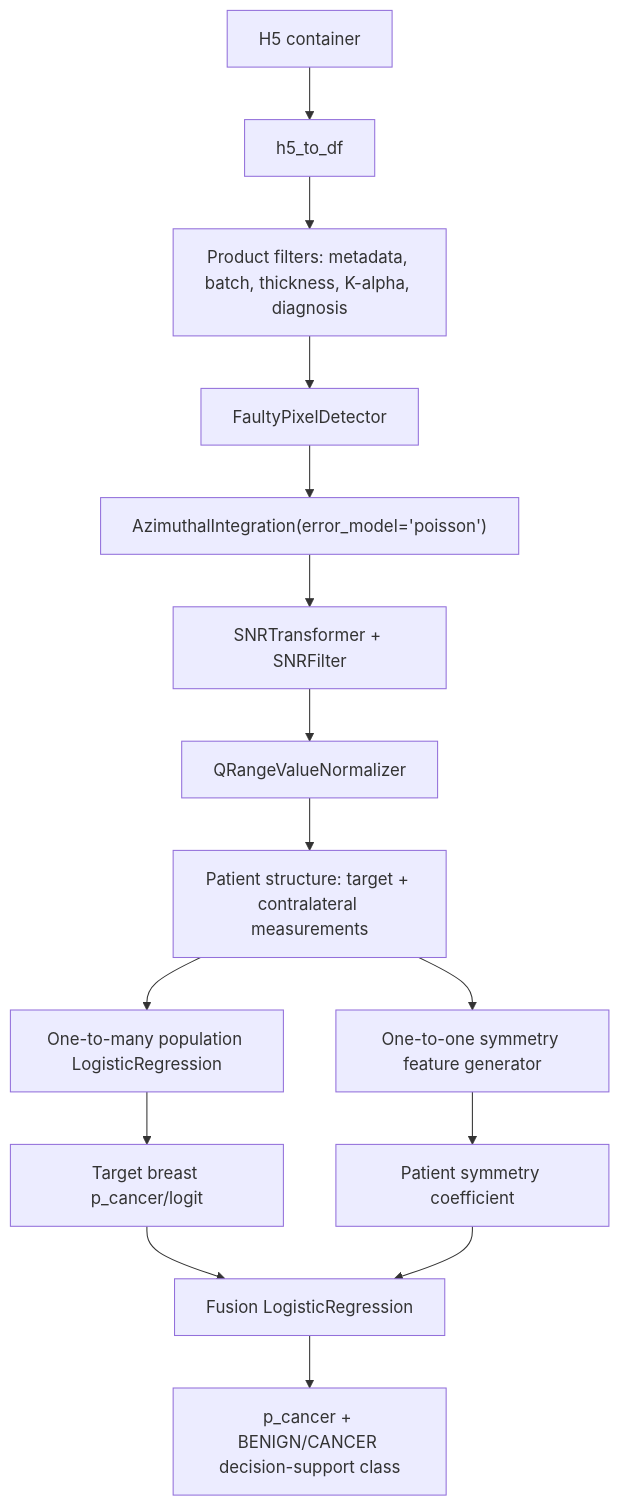
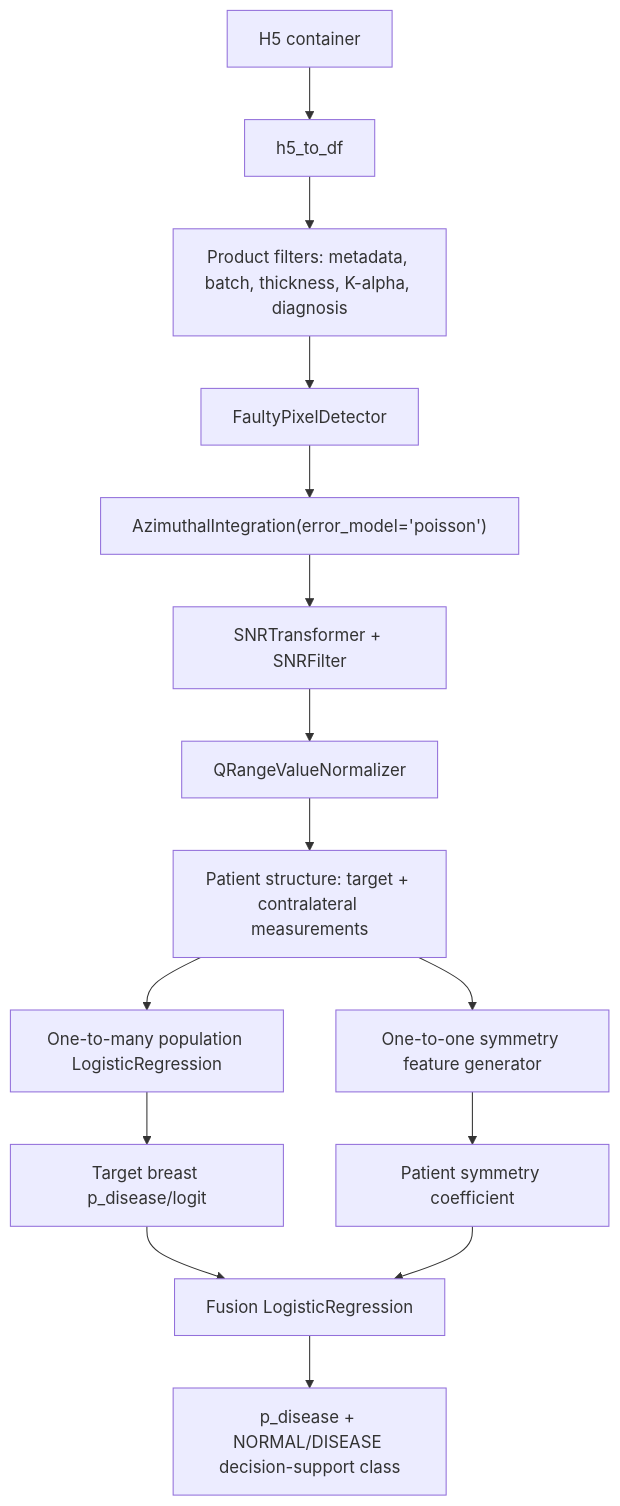
The diagram in docs/machine_learning_concept.md (Eos-Dx/Bremen), drawn with Mermaid before and after one commit. The commit also changed other lines of this file and 4 other files, not shown here.

````diff
--- a/docs/machine_learning_concept.md
+++ b/docs/machine_learning_concept.md
@@ -464,17 +466,17 @@
 ```mermaid
 flowchart TD
     A["H5 container"] --> B["h5_to_df"]
     B --> C["Product filters: metadata, batch, thickness, K-alpha, diagnosis"]
     C --> D["FaultyPixelDetector"]
     D --> E["AzimuthalIntegration(error_model='poisson')"]
     E --> F["SNRTransformer + SNRFilter"]
     F --> G["QRangeValueNormalizer"]
     G --> H["Patient structure: target + contralateral measurements"]
     H --> I["One-to-many population LogisticRegression"]
     H --> J["One-to-one symmetry feature generator"]
-    I --> I1["Target breast p_cancer/logit"]
+    I --> I1["Target breast p_disease/logit"]
     J --> J1["Patient symmetry coefficient"]
     I1 --> K["Fusion LogisticRegression"]
     J1 --> K
-    K --> L["p_cancer + BENIGN/CANCER decision-support class"]
+    K --> L["p_disease + NORMAL/DISEASE decision-support class"]
 ```
````
